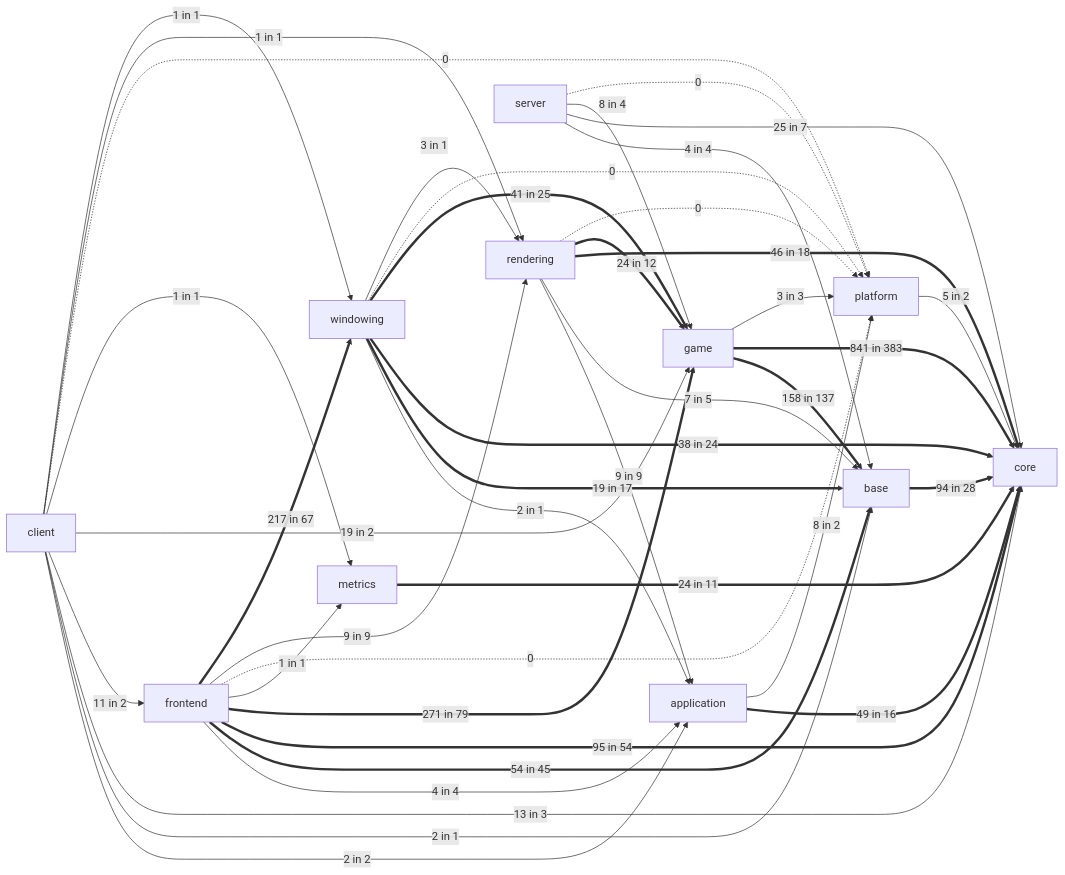
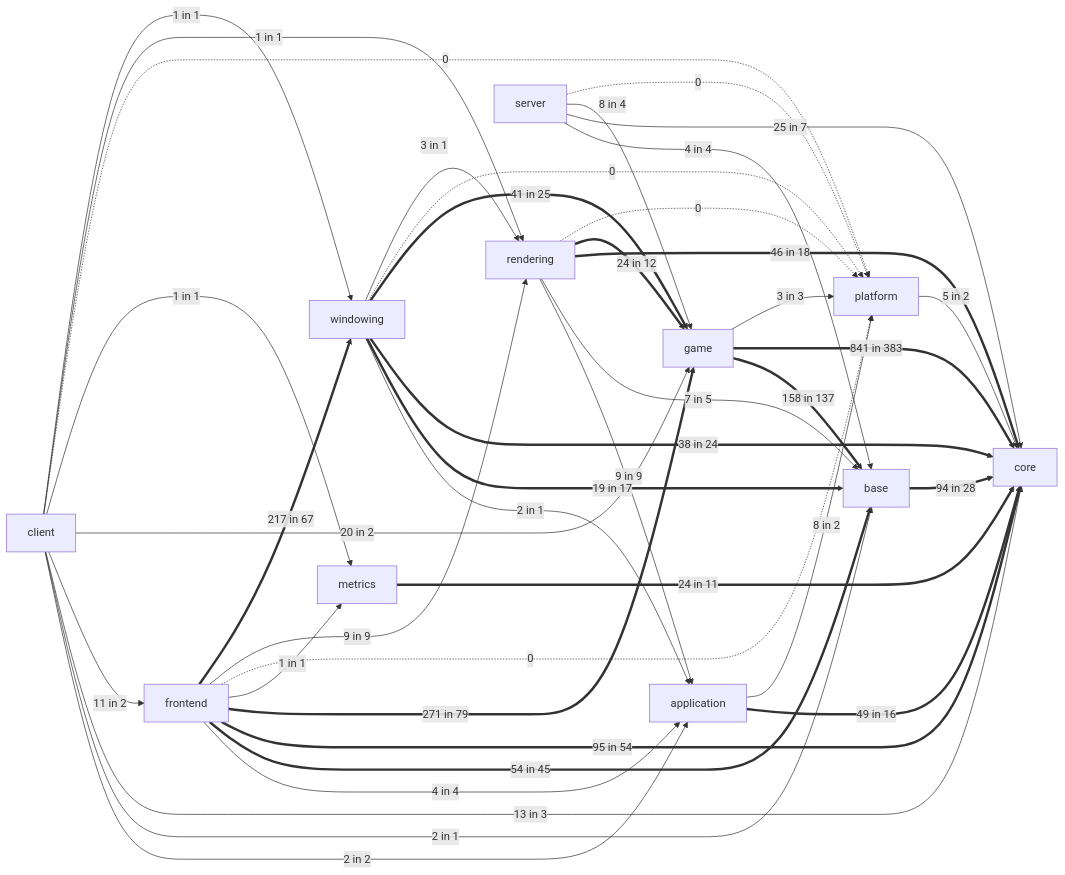
One commit to apnex/OpenStarbound changed the fifth of 11 diagrams in docs/architecture/system-boundaries.md. Above: the diagram before and after it, drawn with Mermaid. The commit also changed other lines of this file and 7 other files, not shown here.

````diff
--- a/docs/architecture/system-boundaries.md
+++ b/docs/architecture/system-boundaries.md
@@ -407,43 +407,43 @@
 ```mermaid
 flowchart LR
   base ==>|94 in 28| core
   metrics ==>|24 in 11| core
   platform -->|5 in 2| core
   application ==>|49 in 16| core
   application -->|8 in 2| platform
   game ==>|158 in 137| base
   game ==>|841 in 383| core
   game -->|3 in 3| platform
   rendering -->|9 in 9| application
   rendering -->|7 in 5| base
   rendering ==>|46 in 18| core
   rendering ==>|24 in 12| game
   rendering -.->|0| platform
   windowing -->|2 in 1| application
   windowing ==>|19 in 17| base
   windowing ==>|38 in 24| core
   windowing ==>|41 in 25| game
   windowing -.->|0| platform
   windowing -->|3 in 1| rendering
   frontend -->|4 in 4| application
   frontend ==>|54 in 45| base
   frontend ==>|95 in 54| core
   frontend ==>|271 in 79| game
   frontend -->|1 in 1| metrics
   frontend -.->|0| platform
   frontend -->|9 in 9| rendering
   frontend ==>|217 in 67| windowing
   client -->|2 in 2| application
   client -->|2 in 1| base
   client -->|13 in 3| core
   client -->|11 in 2| frontend
-  client -->|19 in 2| game
+  client -->|20 in 2| game
   client -->|1 in 1| metrics
   client -.->|0| platform
   client -->|1 in 1| rendering
   client -->|1 in 1| windowing
   server -->|4 in 4| base
   server -->|25 in 7| core
   server -->|8 in 4| game
   server -.->|0| platform
 ```
````
